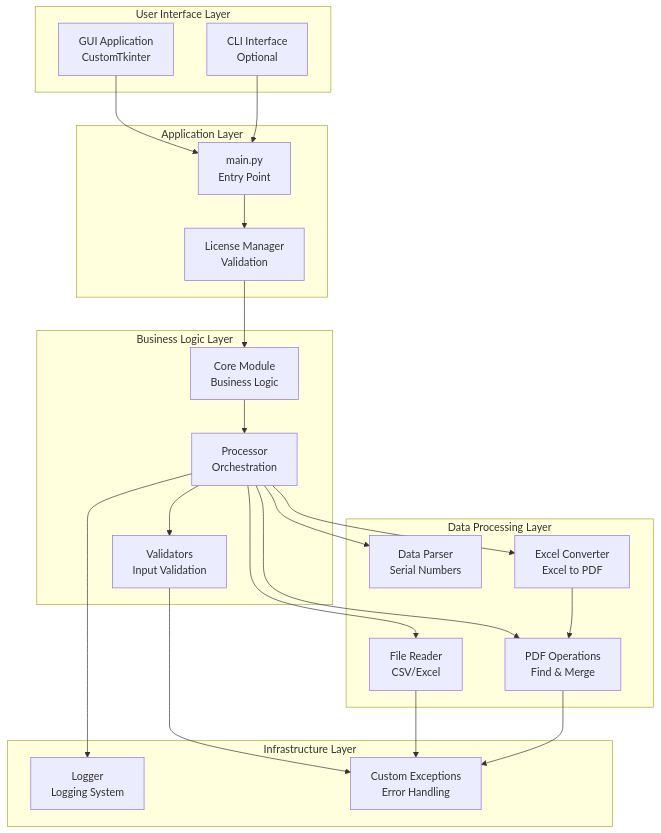
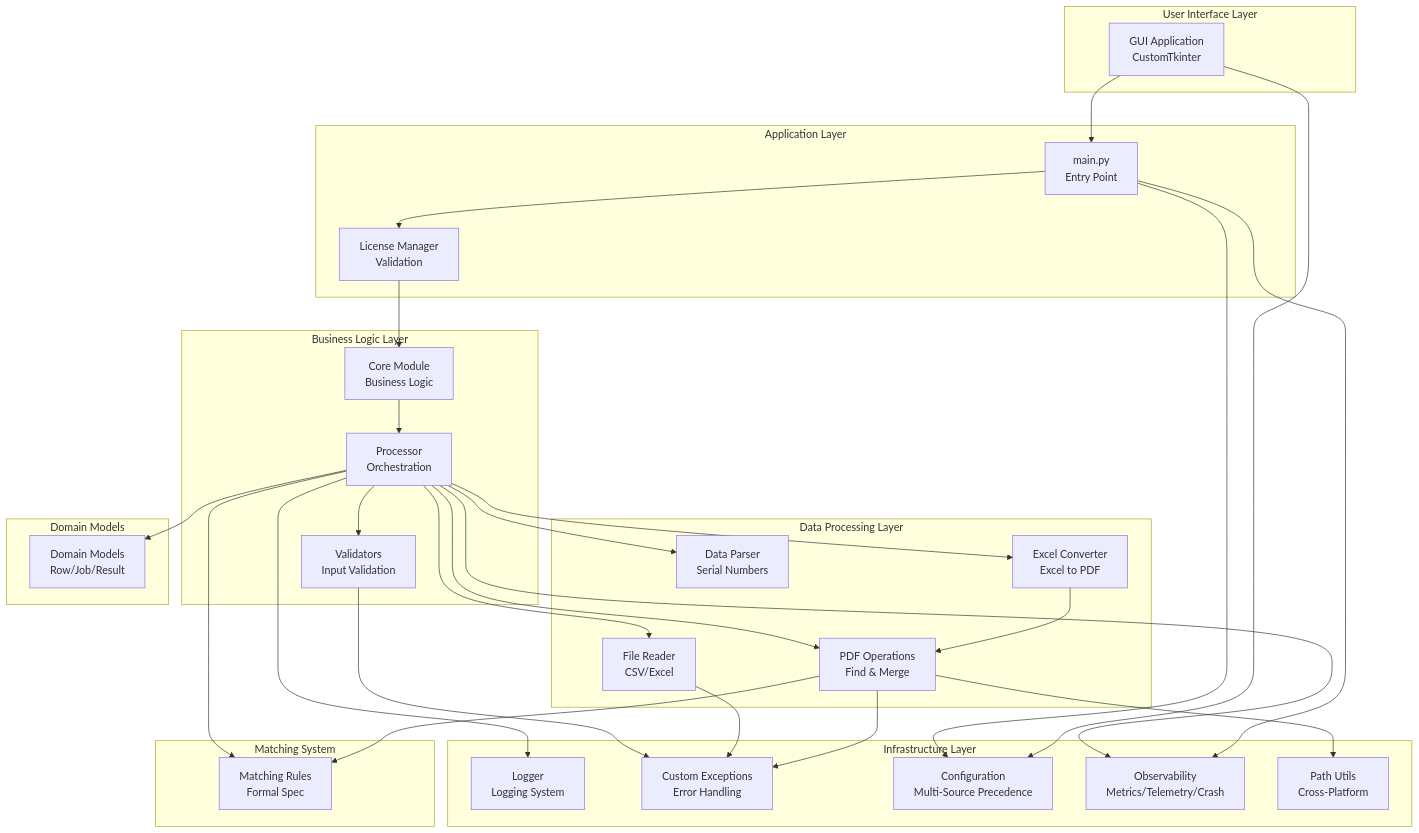
One commit to Yoavsb25/files_unifeder changed the first of 18 diagrams in ARCHITECTURE.md. Above: the diagram before and after it, drawn with Mermaid. The commit also changed other lines of this file and 38 other files, not shown here.

````diff
--- a/ARCHITECTURE.md
+++ b/ARCHITECTURE.md
@@ -33,46 +47,63 @@
 ```mermaid
 graph TB
     subgraph "User Interface Layer"
         GUI[GUI Application<br/>CustomTkinter]
-        CLI[CLI Interface<br/>Optional]
     end
     
     subgraph "Application Layer"
         Main[main.py<br/>Entry Point]
         License[License Manager<br/>Validation]
     end
     
     subgraph "Business Logic Layer"
         Core[Core Module<br/>Business Logic]
         Processor[Processor<br/>Orchestration]
         Validator[Validators<br/>Input Validation]
     end
     
     subgraph "Data Processing Layer"
         FileReader[File Reader<br/>CSV/Excel]
         DataParser[Data Parser<br/>Serial Numbers]
         PDFOps[PDF Operations<br/>Find & Merge]
         ExcelConv[Excel Converter<br/>Excel to PDF]
     end
     
     subgraph "Infrastructure Layer"
         Logger[Logger<br/>Logging System]
         Exceptions[Custom Exceptions<br/>Error Handling]
+        Config[Configuration<br/>Multi-Source Precedence]
+        Observability[Observability<br/>Metrics/Telemetry/Crash]
+        PathUtils[Path Utils<br/>Cross-Platform]
+    end
+    
+    subgraph "Domain Models"
+        Models[Domain Models<br/>Row/Job/Result]
+    end
+    
+    subgraph "Matching System"
+        Matching[Matching Rules<br/>Formal Spec]
     end
     
     GUI --> Main
-    CLI --> Main
     Main --> License
     License --> Core
     Core --> Processor
     Processor --> Validator
     Processor --> FileReader
     Processor --> DataParser
     Processor --> PDFOps
     Processor --> ExcelConv
     Processor --> Logger
+    Processor --> Models
+    Processor --> Observability
+    Processor --> Matching
     ExcelConv --> PDFOps
     Validator --> Exceptions
     FileReader --> Exceptions
     PDFOps --> Exceptions
+    PDFOps --> PathUtils
+    PDFOps --> Matching
+    Main --> Config
+    Main --> Observability
+    GUI --> Config
 ```
````
